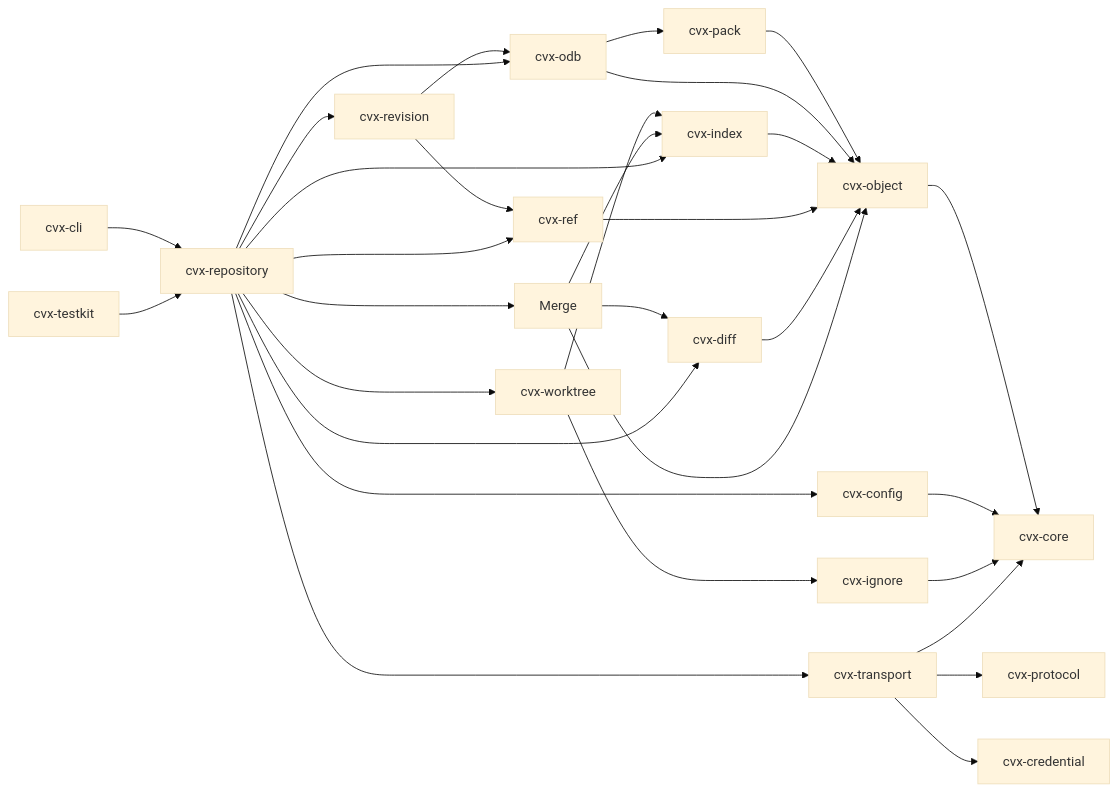
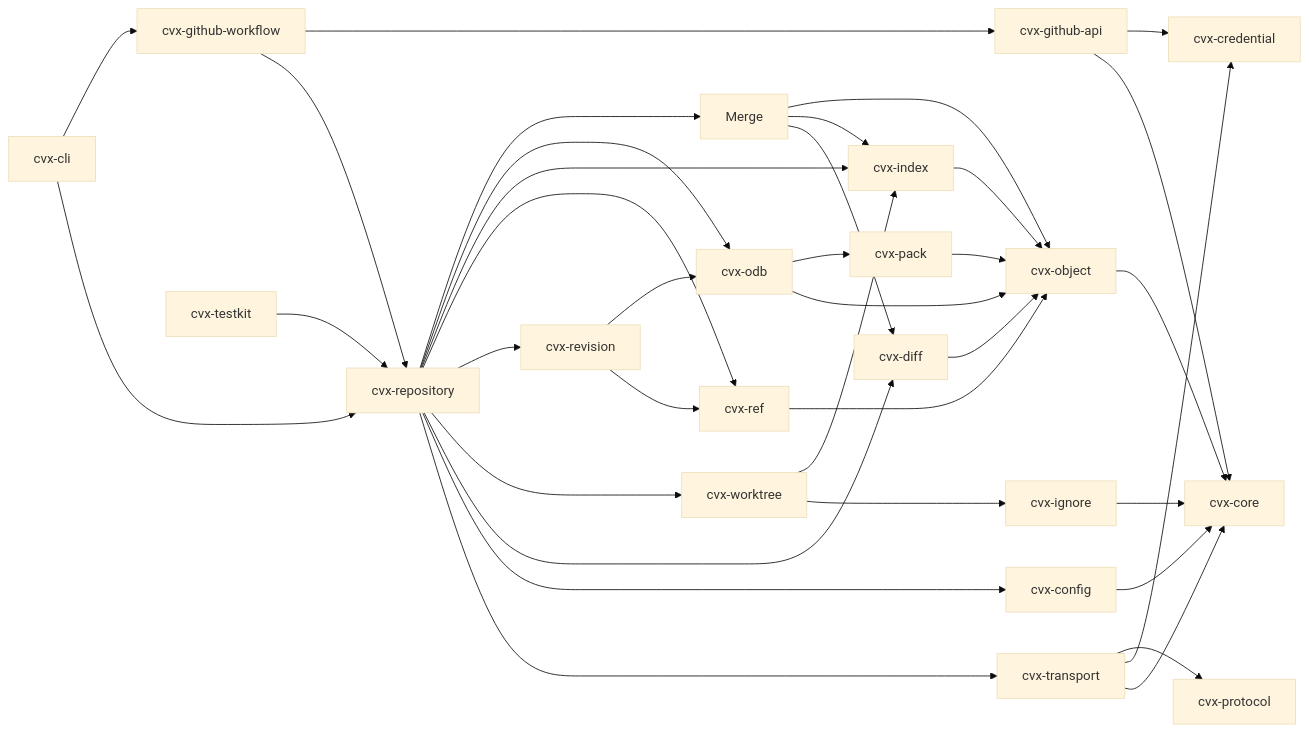
The second of 9 diagrams in docs/architecture.md (marcosgabrielgomes110-collab/cvx), drawn with Mermaid (base theme) before and after one commit. The commit also changed other lines of this file and 22 other files, not shown here.

````diff
--- a/docs/architecture.md
+++ b/docs/architecture.md
@@ -58,51 +59,58 @@
 ```mermaid
 flowchart LR
     Core["cvx-core"]
     Object["cvx-object"]
     Config["cvx-config"]
     Pack["cvx-pack"]
     ODB["cvx-odb"]
     Index["cvx-index"]
     Refs["cvx-ref"]
     Ignore["cvx-ignore"]
     Revision["cvx-revision"]
     Worktree["cvx-worktree"]
     Diff["cvx-diff"]
     Repo["cvx-repository"]
     Transport["cvx-transport"]
     Protocol["cvx-protocol"]
     Credential["cvx-credential"]
+    Api["cvx-github-api"]
+    Flow["cvx-github-workflow"]
     CLI["cvx-cli"]
     Testkit["cvx-testkit"]
 
     Object --> Core
     Config --> Core
     Pack --> Object
     ODB --> Pack
     ODB --> Object
     Index --> Object
     Refs --> Object
     Ignore --> Core
     Revision --> ODB
     Revision --> Refs
     Worktree --> Index
     Worktree --> Ignore
     Diff --> Object
     Merge --> Object
     Merge --> Index
     Merge --> Diff
     Repo --> Merge
     Repo --> ODB
     Repo --> Index
     Repo --> Refs
     Repo --> Revision
     Repo --> Worktree
     Repo --> Diff
     Repo --> Config
     Repo --> Transport
     Transport --> Protocol
     Transport --> Credential
     Transport --> Core
+    Api --> Credential
+    Api --> Core
+    Flow --> Api
+    Flow --> Repo
+    CLI --> Flow
     CLI --> Repo
     Testkit --> Repo
 ```
````
